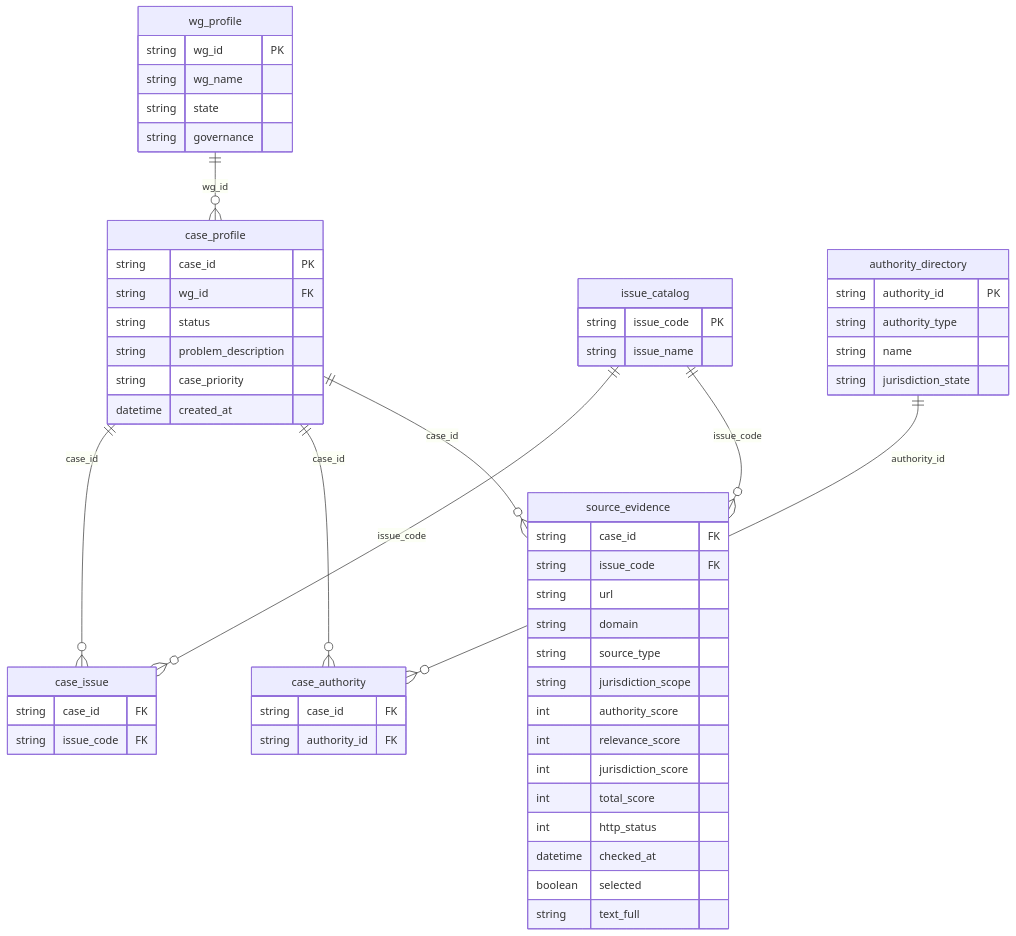
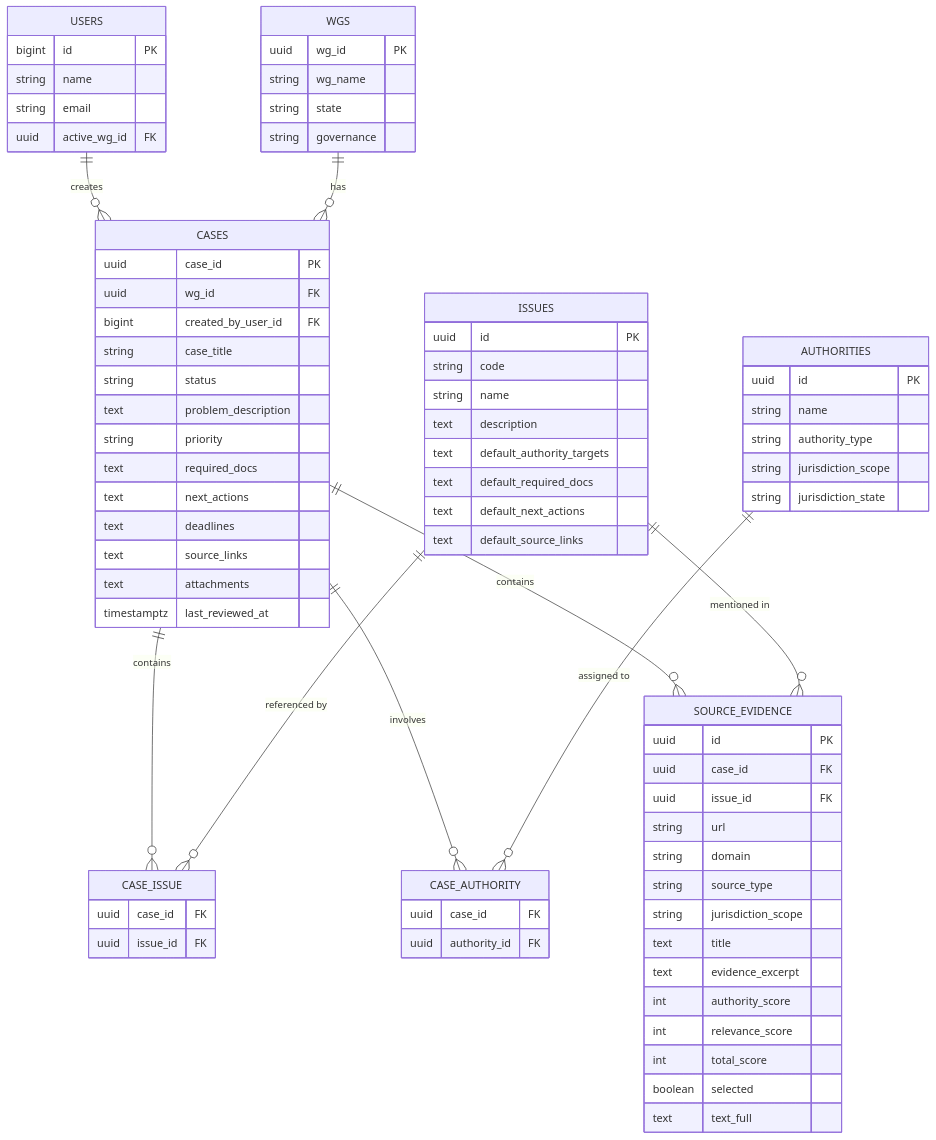
The diagram in Readme.md (Nileneb/app.vitakiez), drawn with Mermaid before and after one commit. The commit also changed other lines of this file and 10 other files, not shown here.

````diff
--- a/Readme.md
+++ b/Readme.md
@@ -277,74 +144,87 @@
 ```mermaid
 erDiagram
+    USERS ||--o{ CASES : creates
+    WGS ||--o{ CASES : has
+    CASES ||--o{ CASE_ISSUE : contains
+    CASES ||--o{ CASE_AUTHORITY : involves
+    CASES ||--o{ SOURCE_EVIDENCE : contains
+    ISSUES ||--o{ CASE_ISSUE : "referenced by"
+    ISSUES ||--o{ SOURCE_EVIDENCE : "mentioned in"
+    AUTHORITIES ||--o{ CASE_AUTHORITY : "assigned to"
 
-  wg_profile ||--o{ case_profile : wg_id
+    WGS {
+        uuid wg_id PK
+        string wg_name
+        string state
+        string governance
+    }
 
-  issue_catalog ||--o{ case_issue : issue_code
+    USERS {
+        bigint id PK
+        string name
+        string email
+        uuid active_wg_id FK
+    }
 
-  case_profile ||--o{ case_issue : case_id
+    CASES {
+        uuid case_id PK
+        uuid wg_id FK
+        bigint created_by_user_id FK
+        string case_title
+        string status
+        text problem_description
+        string priority
+        text required_docs
+        text next_actions
+        text deadlines
+        text source_links
+        text attachments
+        timestamptz last_reviewed_at
+    }
 
-  authority_directory ||--o{ case_authority : authority_id
+    ISSUES {
+        uuid id PK
+        string code
+        string name
+        text description
+        text default_authority_targets
+        text default_required_docs
+        text default_next_actions
+        text default_source_links
+    }
 
-  case_profile ||--o{ case_authority : case_id
+    AUTHORITIES {
+        uuid id PK
+        string name
+        string authority_type
+        string jurisdiction_scope
+        string jurisdiction_state
+    }
 
-  case_profile ||--o{ source_evidence : case_id
+    SOURCE_EVIDENCE {
+        uuid id PK
+        uuid case_id FK
+        uuid issue_id FK
+        string url
+        string domain
+        string source_type
+        string jurisdiction_scope
+        text title
+        text evidence_excerpt
+        int authority_score
+        int relevance_score
+        int total_score
+        boolean selected
+        text text_full
+    }
 
-  issue_catalog ||--o{ source_evidence : issue_code
+    CASE_ISSUE {
+        uuid case_id FK
+        uuid issue_id FK
+    }
 
-
-  wg_profile {
-    string wg_id PK
-    string wg_name
-    string state
-    string governance
-  }
-
-  case_profile {
-    string case_id PK
-    string wg_id FK
-    string status
-    string problem_description
-    string case_priority
-    datetime created_at
-  }
-
-  issue_catalog {
-    string issue_code PK
-    string issue_name
-  }
-
-  authority_directory {
-    string authority_id PK
-    string authority_type
-    string name
-    string jurisdiction_state
-  }
-
-  case_issue {
-    string case_id FK
-    string issue_code FK
-  }
-
-  case_authority {
-    string case_id FK
-    string authority_id FK
-  }
-
-  source_evidence {
-    string case_id FK
-    string issue_code FK
-    string url
-    string domain
-    string source_type
-    string jurisdiction_scope
-    int authority_score
-    int relevance_score
-    int jurisdiction_score
-    int total_score
-    int http_status
-    datetime checked_at
-    boolean selected
-    string text_full
-  }
-
+    CASE_AUTHORITY {
+        uuid case_id FK
+        uuid authority_id FK
+    }
 ```
````
